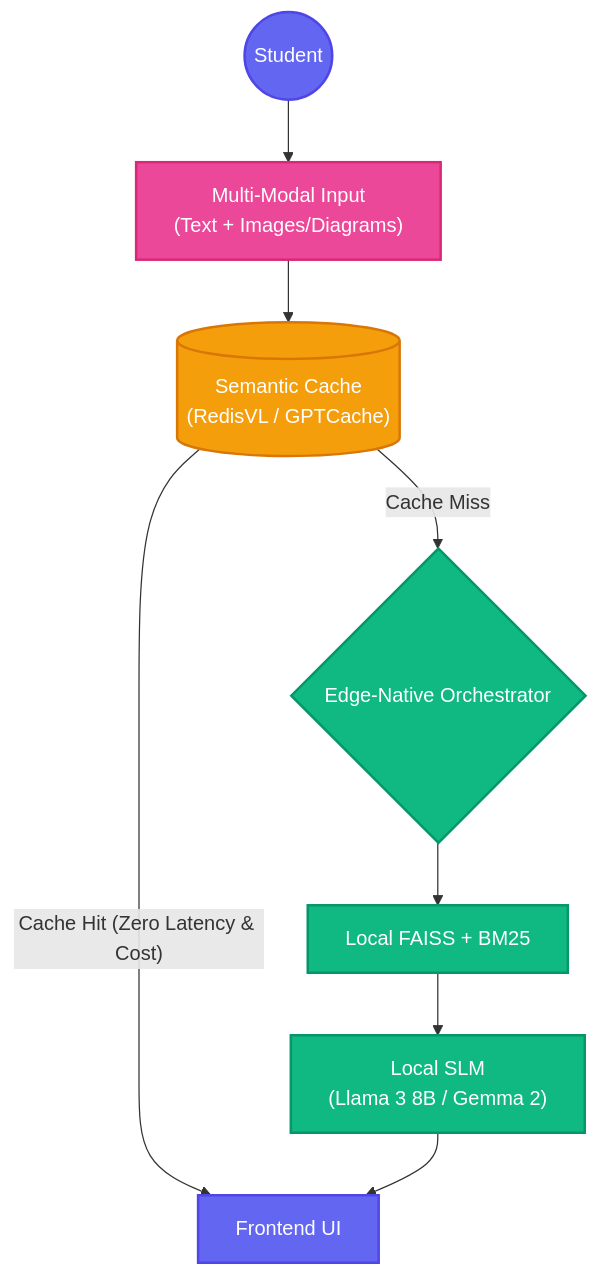
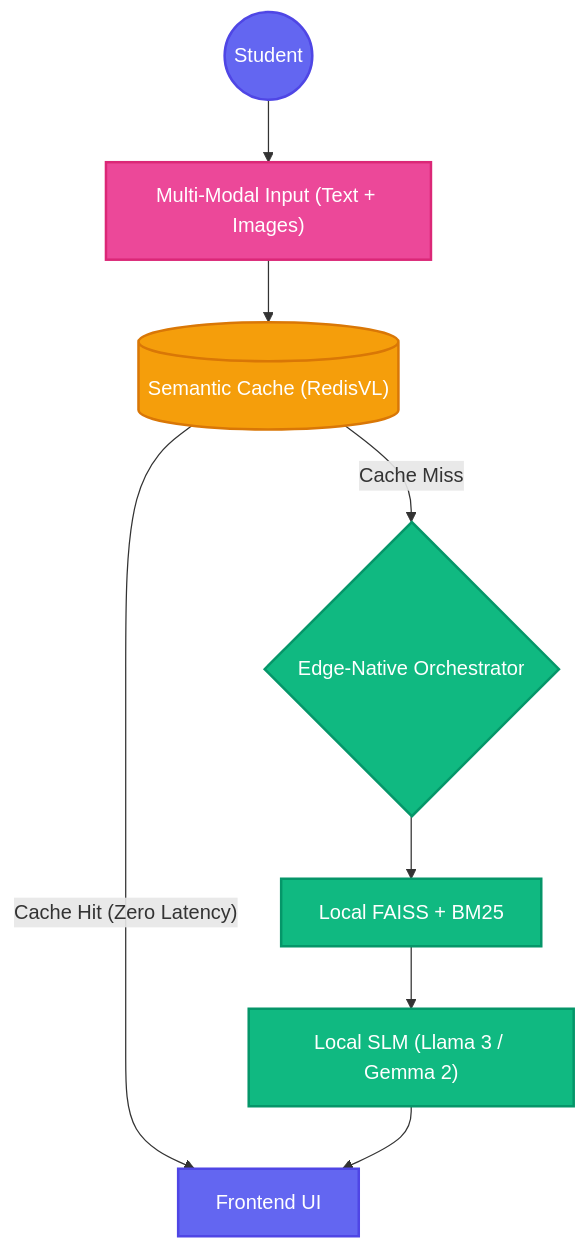
One commit to Amourhoffen/Evexa_RAG_iitp_Project changed the second of 2 diagrams in Evexa_Whitepaper.md. Above: the diagram before and after it, drawn with Mermaid. The commit also changed other lines of this file, not shown here.

Commit message:
Refactor Whitepaper into a Hybrid Document integrating UI screenshots and Demo video for better visual presentation

````diff
--- a/Evexa_Whitepaper.md
+++ b/Evexa_Whitepaper.md
@@ -127,18 +128,17 @@
 ```mermaid
 graph TD
     classDef user fill:#6366f1,stroke:#4f46e5,stroke-width:2px,color:#fff;
     classDef edge fill:#10b981,stroke:#059669,stroke-width:2px,color:#fff;
     classDef cache fill:#f59e0b,stroke:#d97706,stroke-width:2px,color:#fff;
     classDef multimodal fill:#ec4899,stroke:#db2777,stroke-width:2px,color:#fff;
 
-    User(("Student")):::user --> MultiModal["Multi-Modal Input<br>(Text + Images/Diagrams)"]:::multimodal
-    MultiModal --> SemanticCache[("Semantic Cache<br>(RedisVL / GPTCache)")]:::cache
+    User(("Student")):::user --> MultiModal["Multi-Modal Input (Text + Images)"]:::multimodal
+    MultiModal --> SemanticCache[("Semantic Cache (RedisVL)")]:::cache
     
-    SemanticCache -- "Cache Hit (Zero Latency & Cost)" --> UI["Frontend UI"]:::user
+    SemanticCache -- "Cache Hit (Zero Latency)" --> UI["Frontend UI"]:::user
     SemanticCache -- "Cache Miss" --> EdgeAgent{"Edge-Native Orchestrator"}:::edge
     
     EdgeAgent --> Hybrid["Local FAISS + BM25"]:::edge
-    Hybrid --> SLM["Local SLM<br>(Llama 3 8B / Gemma 2)"]:::edge
-    
+    Hybrid --> SLM["Local SLM (Llama 3 / Gemma 2)"]:::edge
     SLM --> UI
 ```
````
